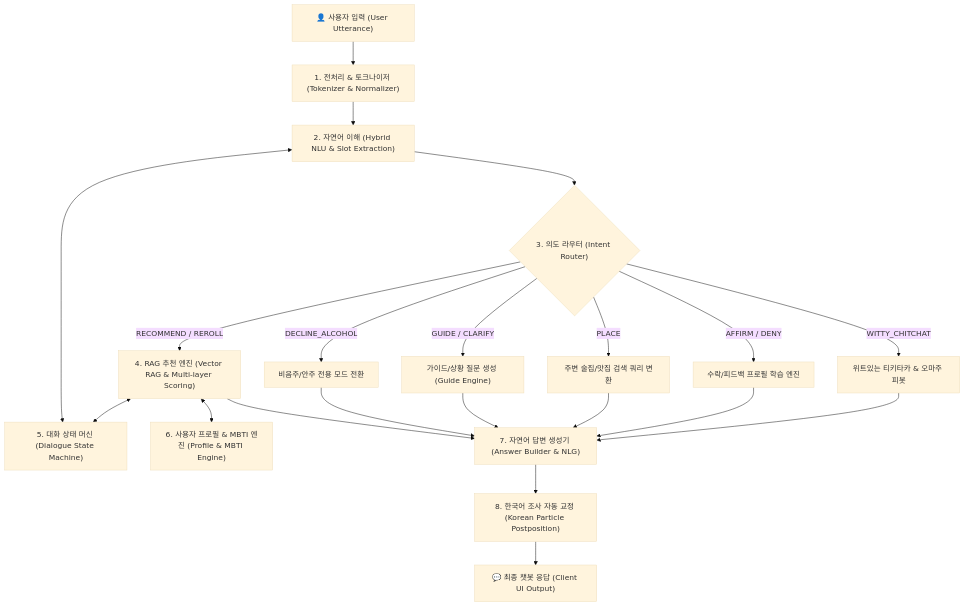
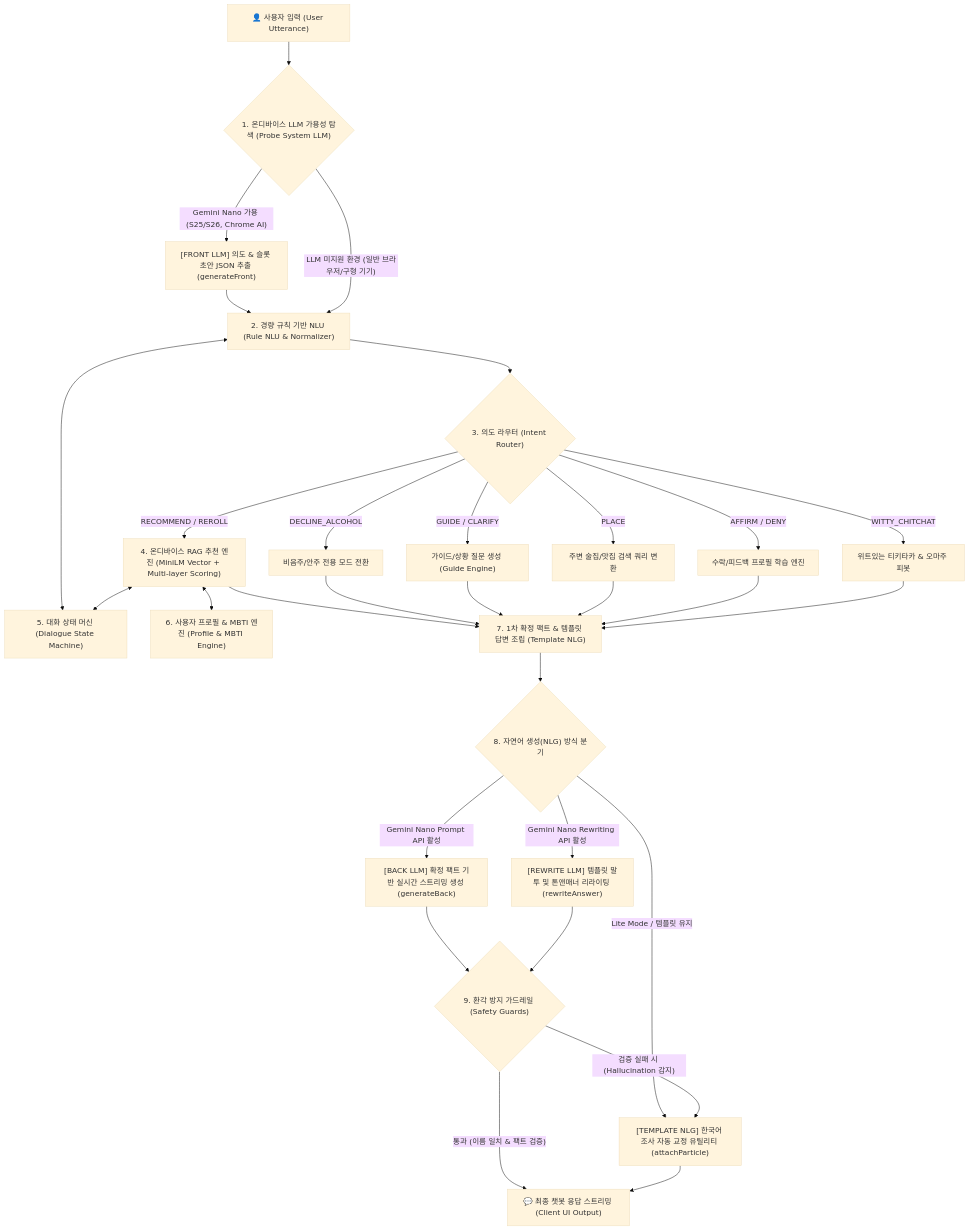
Before and after one commit to duswo78-bot/Omaju: the diagram in OMAJU_AI_ARCHITECTURE.md, drawn with Mermaid (base theme). The commit also changed other lines of this file, not shown here.

Commit message:
docs: document 2-tier Gemini Nano On-Device LLM (Front/Back/Rewrite LLM & Guardrails) architecture

````diff
--- a/OMAJU_AI_ARCHITECTURE.md
+++ b/OMAJU_AI_ARCHITECTURE.md
@@ -10,27 +10,45 @@
 ```mermaid
 flowchart TD
-    A["👤 사용자 입력 (User Utterance)"] --> B["1. 전처리 & 토크나이저 (Tokenizer & Normalizer)"]
-    B --> C["2. 자연어 이해 (Hybrid NLU & Slot Extraction)"]
-    C --> D{"3. 의도 라우터 (Intent Router)"}
+    A["👤 사용자 입력 (User Utterance)"] --> B{"1. 온디바이스 LLM 가용성 탐색 (Probe System LLM)"}
     
-    D -->|"RECOMMEND / REROLL"| E["4. RAG 추천 엔진 (Vector RAG & Multi-layer Scoring)"]
+    %% Tier 1: Gemini Nano 활성 경로
+    B -->|"Gemini Nano 가용 (S25/S26, Chrome AI)"| C1["[FRONT LLM] 의도 & 슬롯 초안 JSON 추출 (generateFront)"]
+    C1 --> C2["2. Web Worker NLU와 교차 검증 (Cross-Validation)"]
+    
+    %% Tier 2: Lite Fallback 경로
+    B -->|"LLM 미지원 환경 (일반 브라우저/구형 기기)"| C2["2. 경량 규칙 기반 NLU (Rule NLU & Normalizer)"]
+    
+    C2 --> D{"3. 의도 라우터 (Intent Router)"}
+    
+    D -->|"RECOMMEND / REROLL"| E["4. 온디바이스 RAG 추천 엔진 (MiniLM Vector + Multi-layer Scoring)"]
     D -->|"DECLINE_ALCOHOL"| F["비음주/안주 전용 모드 전환"]
     D -->|"GUIDE / CLARIFY"| G["가이드/상황 질문 생성 (Guide Engine)"]
     D -->|"PLACE"| H["주변 술집/맛집 검색 쿼리 변환"]
     D -->|"AFFIRM / DENY"| I["수락/피드백 프로필 학습 엔진"]
     D -->|"WITTY_CHITCHAT"| J["위트있는 티키타카 & 오마주 피봇"]
     
-    C <--> K["5. 대화 상태 머신 (Dialogue State Machine)"]
+    C2 <--> K["5. 대화 상태 머신 (Dialogue State Machine)"]
     E <--> K
     E <--> L["6. 사용자 프로필 & MBTI 엔진 (Profile & MBTI Engine)"]
     
-    E --> M["7. 자연어 답변 생성기 (Answer Builder & NLG)"]
-    F --> M
-    G --> M
-    H --> M
-    I --> M
-    J --> M
+    E --> M1["7. 1차 확정 팩트 & 템플릿 답변 조립 (Template NLG)"]
+    F --> M1
+    G --> M1
+    H --> M1
+    I --> M1
+    J --> M1
     
-    M --> N["8. 한국어 조사 자동 교정 (Korean Particle Postposition)"]
-    N --> O["💬 최종 챗봇 응답 (Client UI Output)"]
+    M1 --> M2{"8. 자연어 생성(NLG) 방식 분기"}
+    
+    %% Back LLM 경로
+    M2 -->|"Gemini Nano Prompt API 활성"| N1["[BACK LLM] 확정 팩트 기반 실시간 스트리밍 생성 (generateBack)"]
+    M2 -->|"Gemini Nano Rewriting API 활성"| N2["[REWRITE LLM] 템플릿 말투 및 톤앤매너 리라이팅 (rewriteAnswer)"]
+    M2 -->|"Lite Mode / 템플릿 유지"| N3["[TEMPLATE NLG] 한국어 조사 자동 교정 유틸리티 (attachParticle)"]
+    
+    N1 --> P{"9. 환각 방지 가드레일 (Safety Guards)"}
+    N2 --> P
+    
+    P -->|"통과 (이름 일치 & 팩트 검증)"| Q["💬 최종 챗봇 응답 스트리밍 (Client UI Output)"]
+    P -->|"검증 실패 시 (Hallucination 감지)"| N3
+    N3 --> Q
 ```
````
